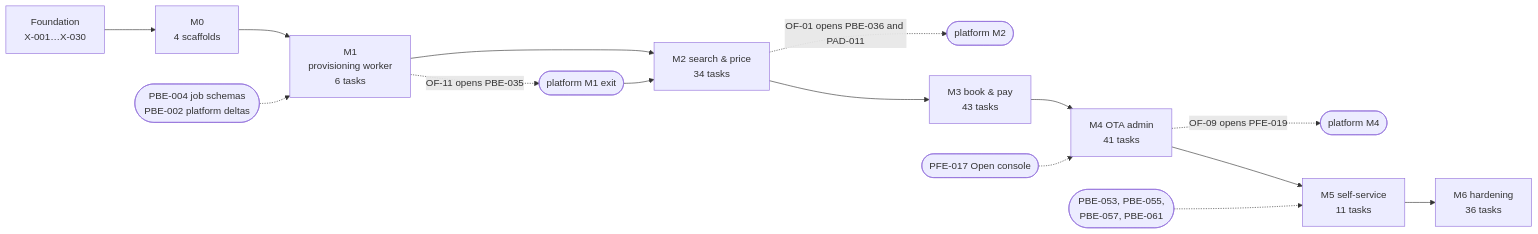
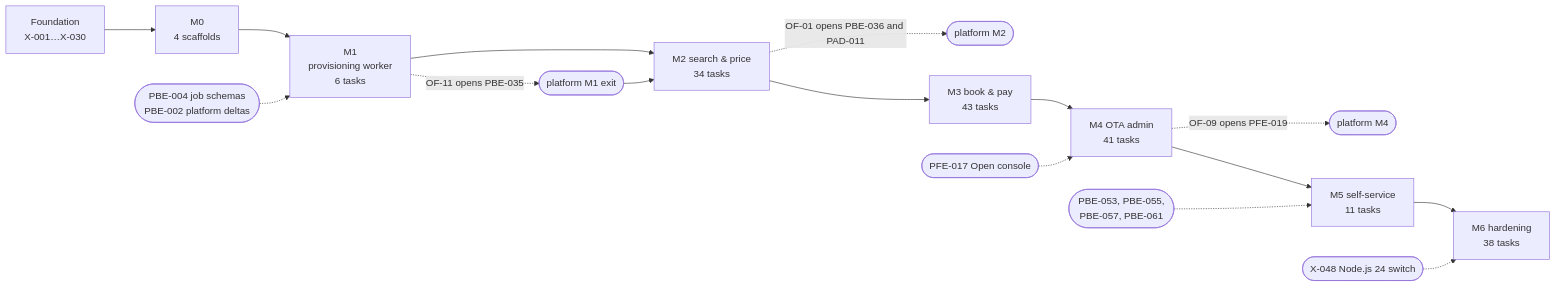
Before and after one commit to bhagwati-prasad/velexis-ota: the diagram in ota/docs/plans/implementation-plan.md, drawn with Mermaid. The commit also changed other lines of this file and 15 other files, not shown here.

````diff
--- a/ota/docs/plans/implementation-plan.md
+++ b/ota/docs/plans/implementation-plan.md
@@ -62,17 +62,18 @@
 ```mermaid
 flowchart LR
   F["Foundation<br/>X-001…X-030"] --> M0["M0<br/>4 scaffolds"]
   M0 --> M1["M1<br/>provisioning worker<br/>6 tasks"]
   P4(["PBE-004 job schemas<br/>PBE-002 platform deltas"]) -.-> M1
   M1 -. OF-11 opens PBE-035 .-> PM1(["platform M1 exit"])
   M1 --> M2["M2 search & price<br/>34 tasks"]
   PM1 --> M2
   M2 -. OF-01 opens PBE-036 and PAD-011 .-> PM2(["platform M2"])
   M2 --> M3["M3 book & pay<br/>43 tasks"]
   M3 --> M4["M4 OTA admin<br/>41 tasks"]
   PF17(["PFE-017 Open console"]) -.-> M4
   M4 -. OF-09 opens PFE-019 .-> PM4(["platform M4"])
   M4 --> M5["M5 self-service<br/>11 tasks"]
   PM5(["PBE-053, PBE-055,<br/>PBE-057, PBE-061"]) -.-> M5
-  M5 --> M6["M6 hardening<br/>36 tasks"]
+  M5 --> M6["M6 hardening<br/>38 tasks"]
+  X48(["X-048 Node.js 24 switch"]) -.-> M6
 ```
````
